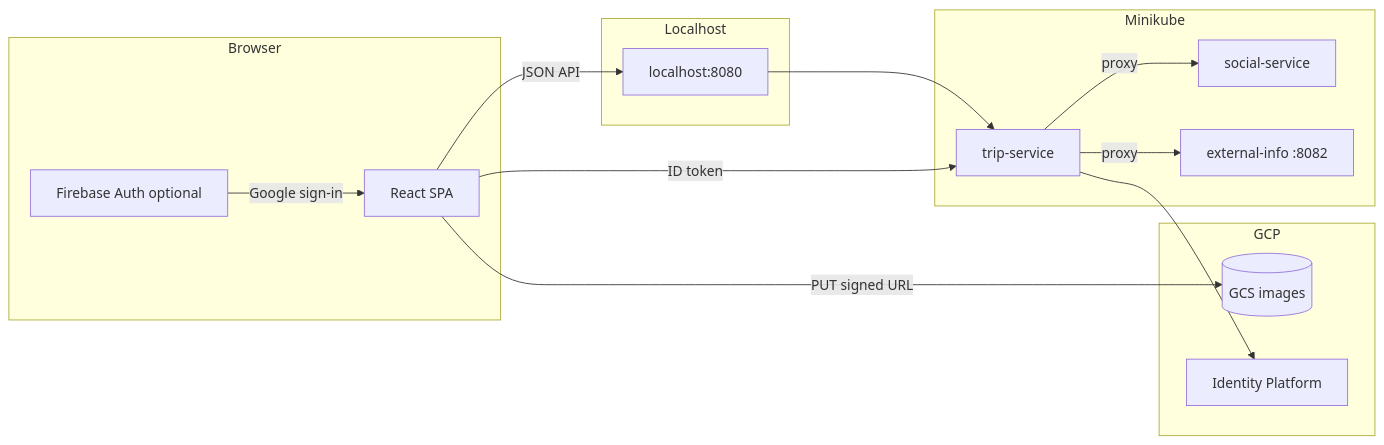
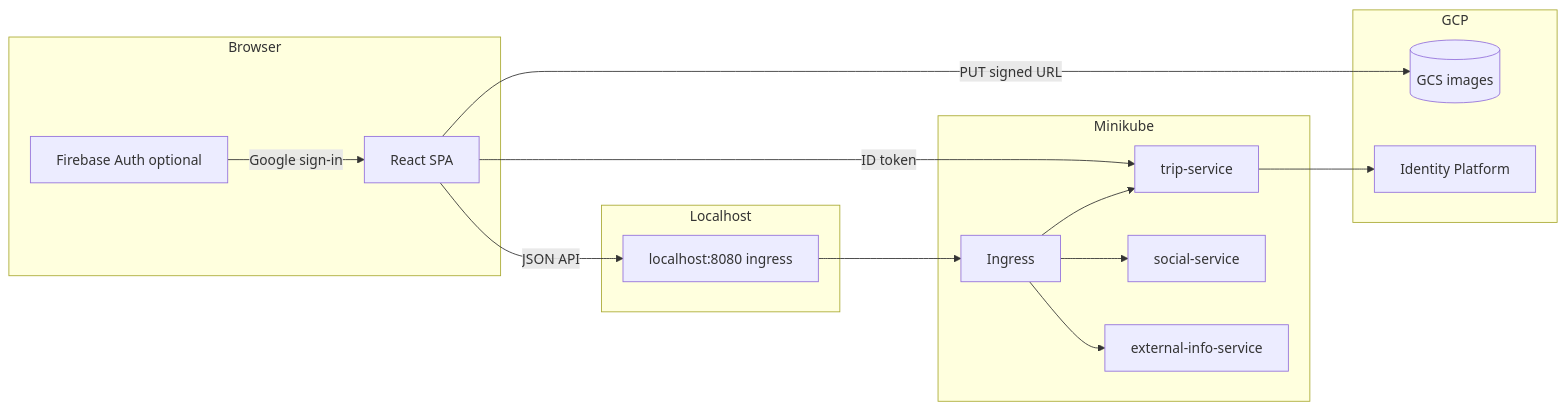
Before and after one commit to tbd-htwg/backend: the second of 4 diagrams in docs/gettingstarted/STATE.md, drawn with Mermaid. The commit also changed other lines of this file and 29 other files, not shown here.

Commit message:
Implement nginx ingress for API routing in local minikube setup. Update README and scripts for ingress usage, enhancing service accessibility. Add JWT decoder configuration for secure API access and improve CORS handling across services.

````diff
--- a/docs/gettingstarted/STATE.md
+++ b/docs/gettingstarted/STATE.md
@@ -114,30 +119,32 @@
 ```mermaid
 flowchart LR
   subgraph Browser
     SPA[React SPA]
     FB[Firebase Auth optional]
   end
 
   subgraph Localhost
-    TripURL["localhost:8080"]
+    ApiURL["localhost:8080 ingress"]
   end
 
   subgraph Minikube
+    GW[Ingress]
     Trip[trip-service]
     Social[social-service]
-    Ext[external-info :8082]
+    Ext[external-info-service]
   end
 
   subgraph GCP
     GCS[(GCS images)]
     IdP[Identity Platform]
   end
 
-  SPA -->|JSON API| TripURL --> Trip
+  SPA -->|JSON API| ApiURL --> GW
+  GW --> Trip
+  GW --> Social
+  GW --> Ext
   FB -->|Google sign-in| SPA
   SPA -->|ID token| Trip
   Trip --> IdP
-  Trip -->|proxy| Social
-  Trip -->|proxy| Ext
   SPA -->|PUT signed URL| GCS
 ```
````
